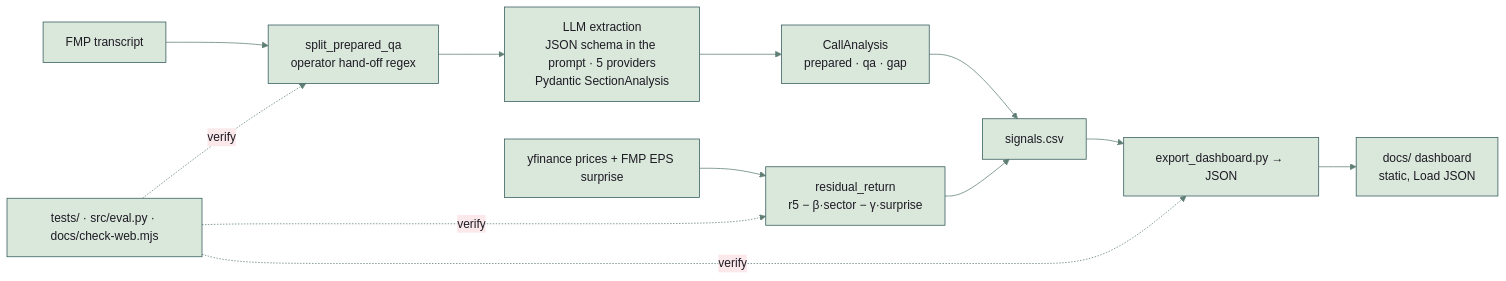
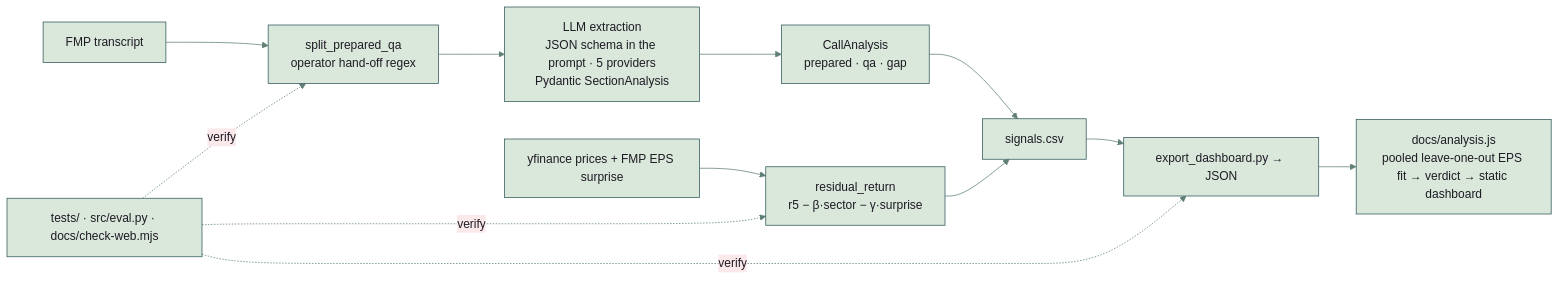
One commit to NickkkLian/Earnings-Call-Sentiment-Analyser changed the diagram in README.md. Above: the diagram before and after it, drawn with Mermaid. The commit also changed other lines of this file and 10 other files, not shown here.

First line of the commit message:
Fit the EPS control instead of a hand-picked 1.5x and lead with one honest verdict

````diff
--- a/README.md
+++ b/README.md
@@ -67,15 +73,15 @@
 ```mermaid
 %%{init: {"theme": "base", "themeVariables": {"darkMode": false, "fontFamily": "Inter, BlinkMacSystemFont, Segoe UI, Helvetica Neue, Helvetica, Arial", "primaryColor": "#dae7db", "mainBkg": "#dae7db", "primaryTextColor": "#1d1b24", "nodeTextColor": "#1d1b24", "textColor": "#1d1b24", "primaryBorderColor": "#2f5859", "nodeBorder": "#2f5859", "secondaryColor": "#fae8eb", "tertiaryColor": "#f7e9e8", "lineColor": "#5f7f76", "arrowheadColor": "#5f7f76", "defaultLinkColor": "#5f7f76", "edgeLabelBackground": "#fae8eb", "clusterBkg": "#f7e9e8", "clusterBorder": "#a8707a", "titleColor": "#7d2d44"}}}%%
 flowchart LR
   A["FMP transcript"] --> B["split_prepared_qa<br/>operator hand-off regex"]
   B --> C["LLM extraction<br/>JSON schema in the prompt · 5 providers<br/>Pydantic SectionAnalysis"]
   C --> D["CallAnalysis<br/>prepared · qa · gap"]
   E["yfinance prices + FMP EPS surprise"] --> F["residual_return<br/>r5 − β·sector − γ·surprise"]
   D --> G["signals.csv"]
   F --> G
   G --> H["export_dashboard.py → JSON"]
-  H --> I["docs/ dashboard<br/>static, Load JSON"]
+  H --> I["docs/analysis.js<br/>pooled leave-one-out EPS fit → verdict → static dashboard"]
   J["tests/ · src/eval.py · docs/check-web.mjs"] -. verify .-> B
   J -. verify .-> F
   J -. verify .-> H
 ```
````
